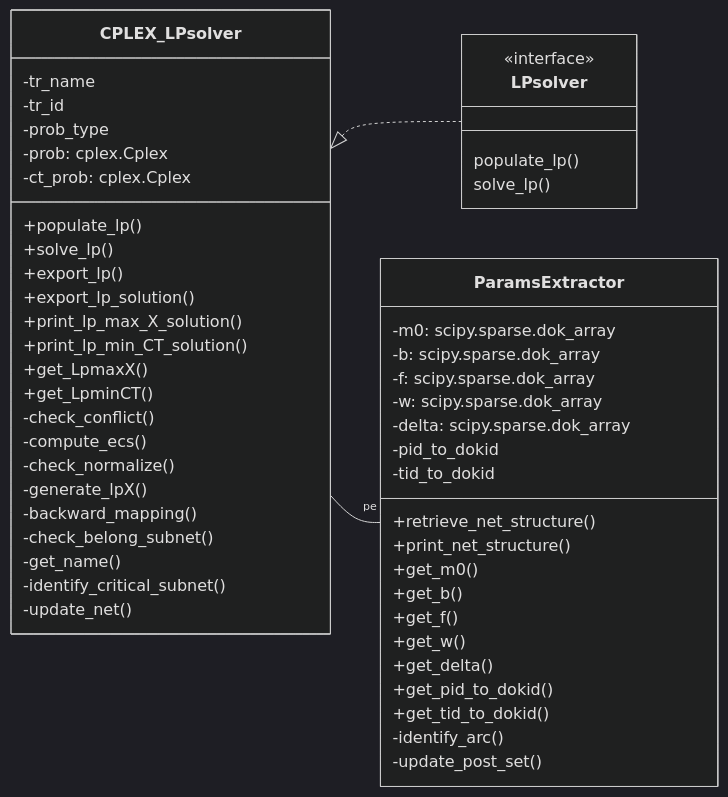
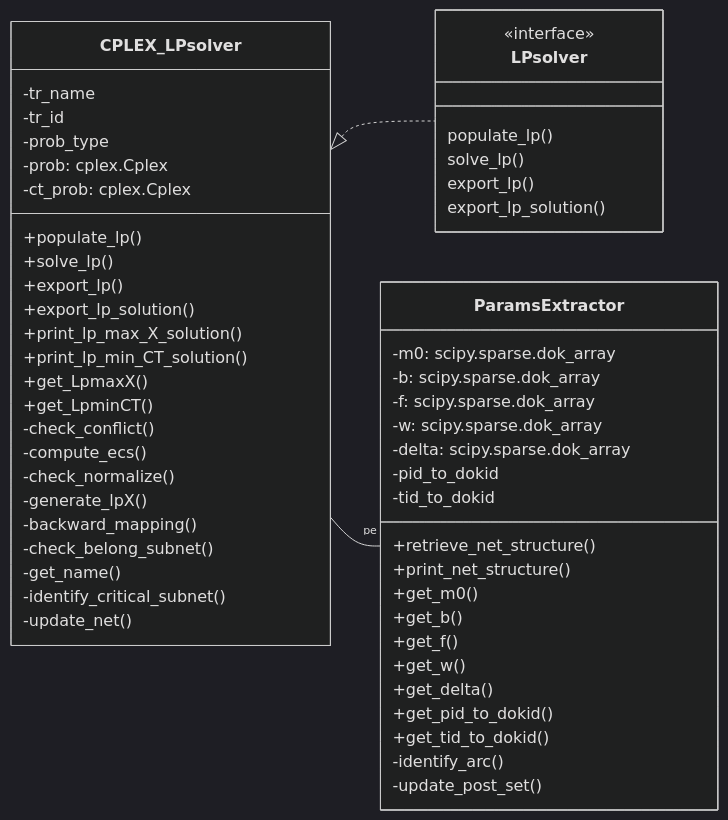
One commit to simber72/PTPNperfbound changed the third of 3 diagrams in doc/Solver_modules.md. Above: the diagram before and after it, drawn with Mermaid (dark theme).

````diff
--- a/doc/Solver_modules.md
+++ b/doc/Solver_modules.md
@@ -118,58 +118,60 @@
 ```mermaid
 classDiagram
 	
 	direction LR
 	class LPsolver{
 		populate_lp()
 		solve_lp()
+		export_lp()
+		export_lp_solution()
 	}
 	<<interface>> LPsolver
 
 	class CPLEX_LPsolver{
 		-tr_name
 		-tr_id
 		-prob_type
 		-prob: cplex.Cplex
 		-ct_prob: cplex.Cplex
 		+populate_lp()
 		+solve_lp()
 		+export_lp()
 		+export_lp_solution()
 		+print_lp_max_X_solution()
 		+print_lp_min_CT_solution()
 		+get_LpmaxX()
 		+get_LpminCT()
 		-check_conflict()
 		-compute_ecs()
 		-check_normalize()
 		-generate_lpX()
 		-backward_mapping()
 		-check_belong_subnet()
 		-get_name()
 		-identify_critical_subnet()
 		-update_net()
 	}
 	class ParamsExtractor{
 		-m0: scipy.sparse.dok_array
 		-b: scipy.sparse.dok_array
 		-f: scipy.sparse.dok_array
 		-w: scipy.sparse.dok_array
 		-delta: scipy.sparse.dok_array
 		-pid_to_dokid
 		-tid_to_dokid
 		+retrieve_net_structure()
 		+print_net_structure()
 		+get_m0()
 		+get_b()
 		+get_f()
 		+get_w()
 		+get_delta()
 		+get_pid_to_dokid()
 		+get_tid_to_dokid()
 		-identify_arc()
 		-update_post_set()
 	}
 
 	CPLEX_LPsolver <|.. LPsolver
 	CPLEX_LPsolver --"pe" ParamsExtractor
 ```
````
